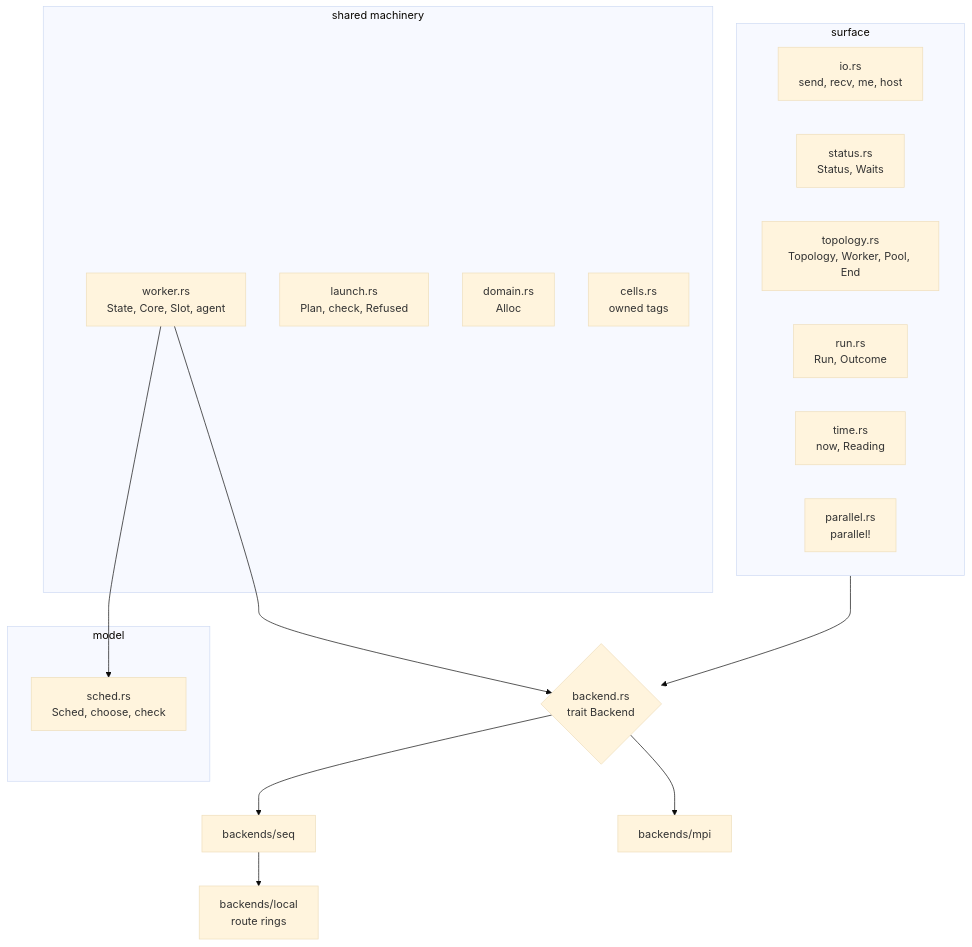
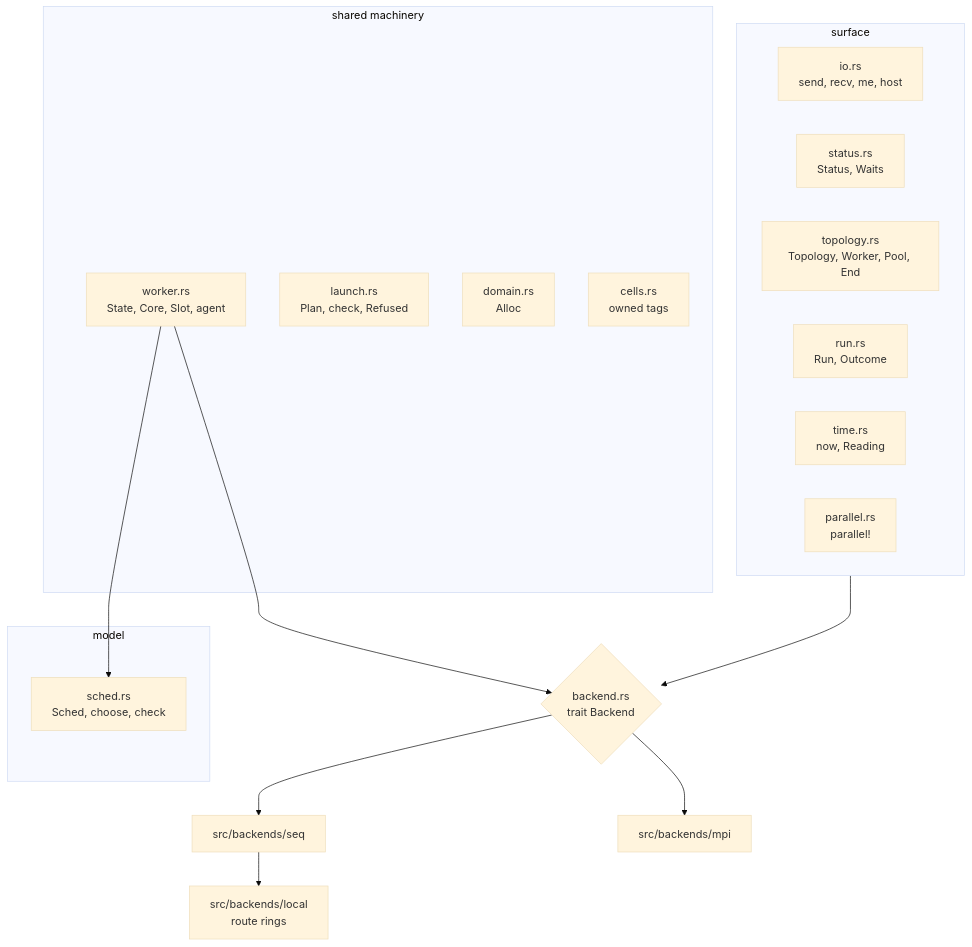
Before and after one commit to PKD667/trame: the diagram in docs/overview.md, drawn with Mermaid (base theme). The commit also changed other lines of this file and 594 other files, not shown here.

````diff
--- a/docs/overview.md
+++ b/docs/overview.md
@@ -13,27 +13,27 @@
 ```mermaid
 flowchart TB
   subgraph S["surface"]
     io["io.rs<br/>send, recv, me, host"]
     st["status.rs<br/>Status, Waits"]
     tp["topology.rs<br/>Topology, Worker, Pool, End"]
     rn["run.rs<br/>Run, Outcome"]
     ti["time.rs<br/>now, Reading"]
     pa["parallel.rs<br/>parallel!"]
   end
   subgraph M["model"]
     sc["sched.rs<br/>Sched, choose, check"]
   end
   subgraph K["shared machinery"]
     wk["worker.rs<br/>State, Core, Slot, agent"]
     la["launch.rs<br/>Plan, check, Refused"]
     dm["domain.rs<br/>Alloc"]
     ce["cells.rs<br/>owned tags"]
   end
   be{"backend.rs<br/>trait Backend"}
   S --> be
   wk --> sc
   wk --> be
-  be --> seq["backends/seq"]
-  be --> mpi["backends/mpi"]
-  seq --> loc["backends/local<br/>route rings"]
+  be --> seq["src/backends/seq"]
+  be --> mpi["src/backends/mpi"]
+  seq --> loc["src/backends/local<br/>route rings"]
 ```
````
